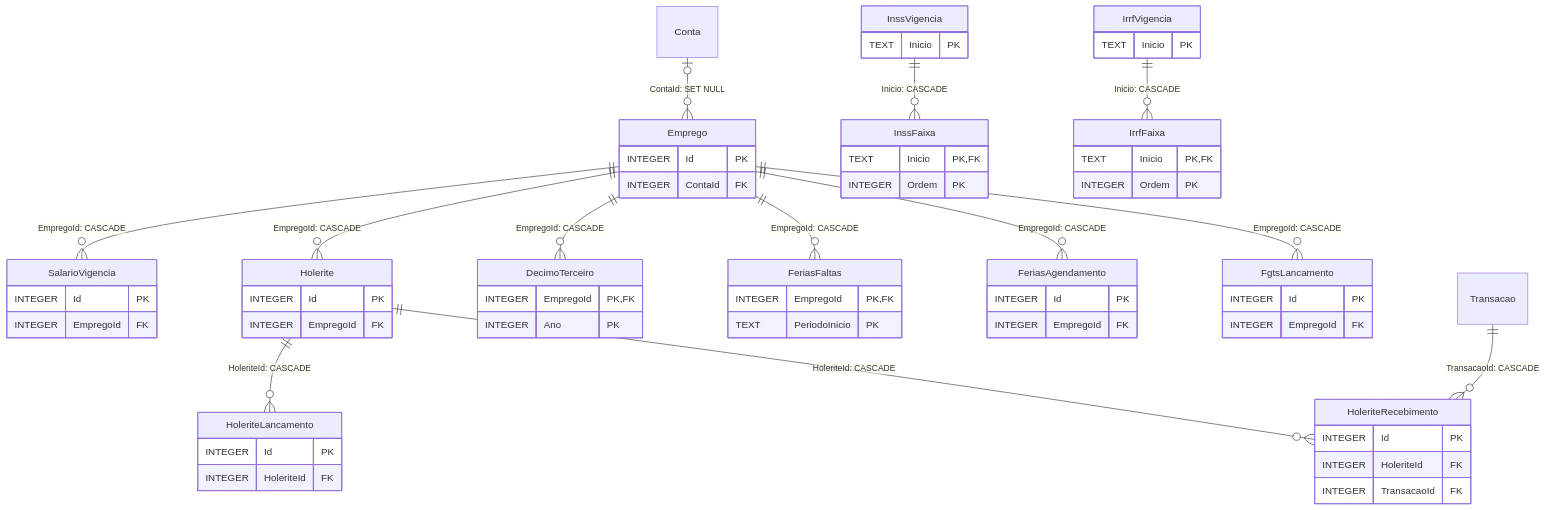
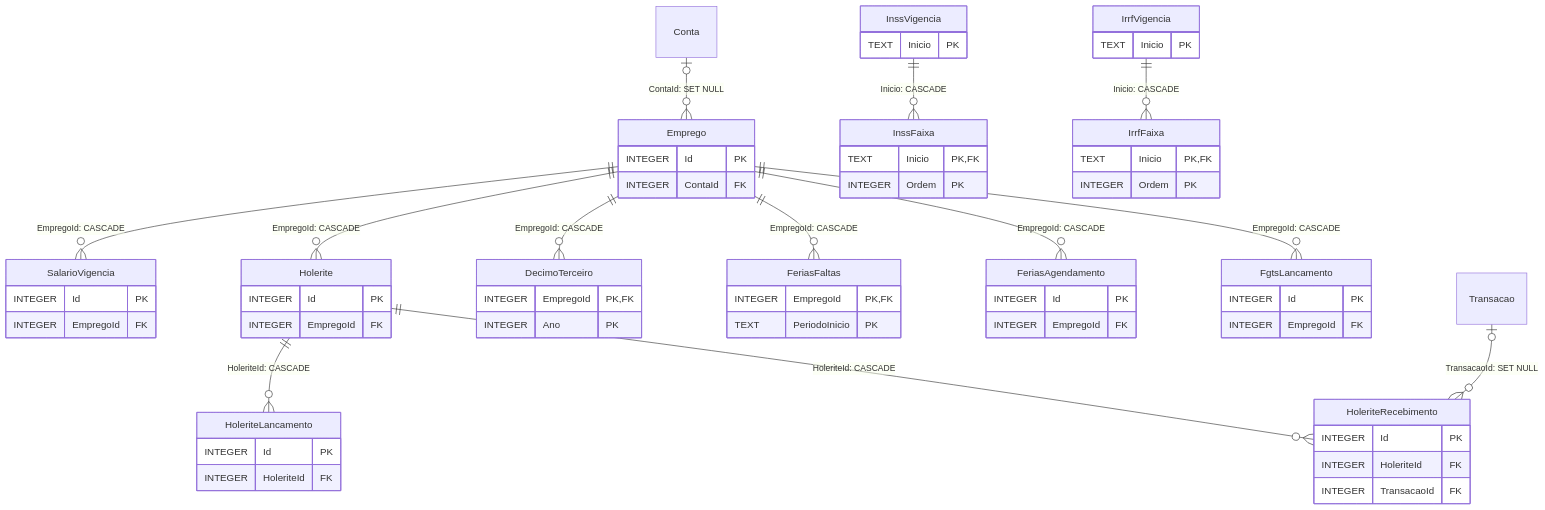
Before and after one commit to LucasDesenvGit/financas-local: the eighth of 8 diagrams in docs/BANCO-DE-DADOS.md, drawn with Mermaid. The commit also changed 16 other files, not shown here.

````diff
--- a/docs/BANCO-DE-DADOS.md
+++ b/docs/BANCO-DE-DADOS.md
@@ -212,66 +212,66 @@
 ```mermaid
 erDiagram
     Emprego {
         INTEGER Id PK
         INTEGER ContaId FK
     }
     SalarioVigencia {
         INTEGER Id PK
         INTEGER EmpregoId FK
     }
     InssVigencia {
         TEXT Inicio PK
     }
     InssFaixa {
         TEXT Inicio PK,FK
         INTEGER Ordem PK
     }
     IrrfVigencia {
         TEXT Inicio PK
     }
     IrrfFaixa {
         TEXT Inicio PK,FK
         INTEGER Ordem PK
     }
     Holerite {
         INTEGER Id PK
         INTEGER EmpregoId FK
     }
     HoleriteLancamento {
         INTEGER Id PK
         INTEGER HoleriteId FK
     }
     DecimoTerceiro {
         INTEGER EmpregoId PK,FK
         INTEGER Ano PK
     }
     FeriasFaltas {
         INTEGER EmpregoId PK,FK
         TEXT PeriodoInicio PK
     }
     FeriasAgendamento {
         INTEGER Id PK
         INTEGER EmpregoId FK
     }
     FgtsLancamento {
         INTEGER Id PK
         INTEGER EmpregoId FK
     }
     HoleriteRecebimento {
         INTEGER Id PK
         INTEGER HoleriteId FK
         INTEGER TransacaoId FK
     }
     Conta |o--o{ Emprego : "ContaId: SET NULL"
     Emprego ||--o{ SalarioVigencia : "EmpregoId: CASCADE"
     InssVigencia ||--o{ InssFaixa : "Inicio: CASCADE"
     IrrfVigencia ||--o{ IrrfFaixa : "Inicio: CASCADE"
     Emprego ||--o{ Holerite : "EmpregoId: CASCADE"
     Holerite ||--o{ HoleriteLancamento : "HoleriteId: CASCADE"
     Emprego ||--o{ DecimoTerceiro : "EmpregoId: CASCADE"
     Emprego ||--o{ FeriasFaltas : "EmpregoId: CASCADE"
     Emprego ||--o{ FeriasAgendamento : "EmpregoId: CASCADE"
     Emprego ||--o{ FgtsLancamento : "EmpregoId: CASCADE"
     Holerite ||--o{ HoleriteRecebimento : "HoleriteId: CASCADE"
-    Transacao ||--o{ HoleriteRecebimento : "TransacaoId: CASCADE"
+    Transacao |o--o{ HoleriteRecebimento : "TransacaoId: SET NULL"
 ```
````
